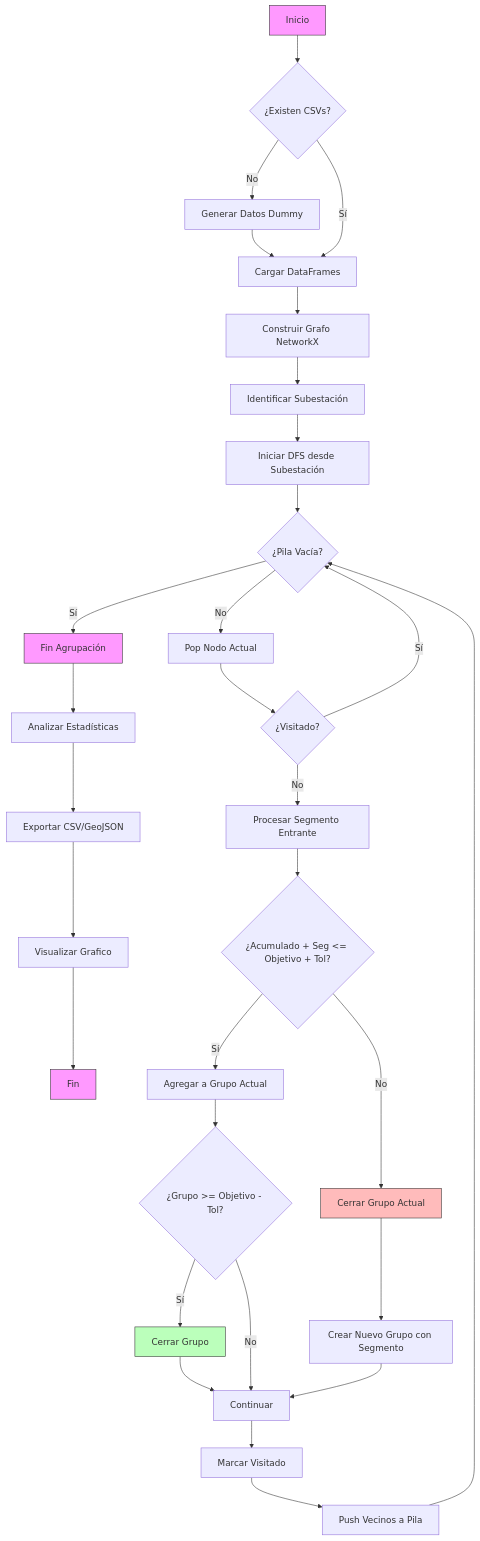
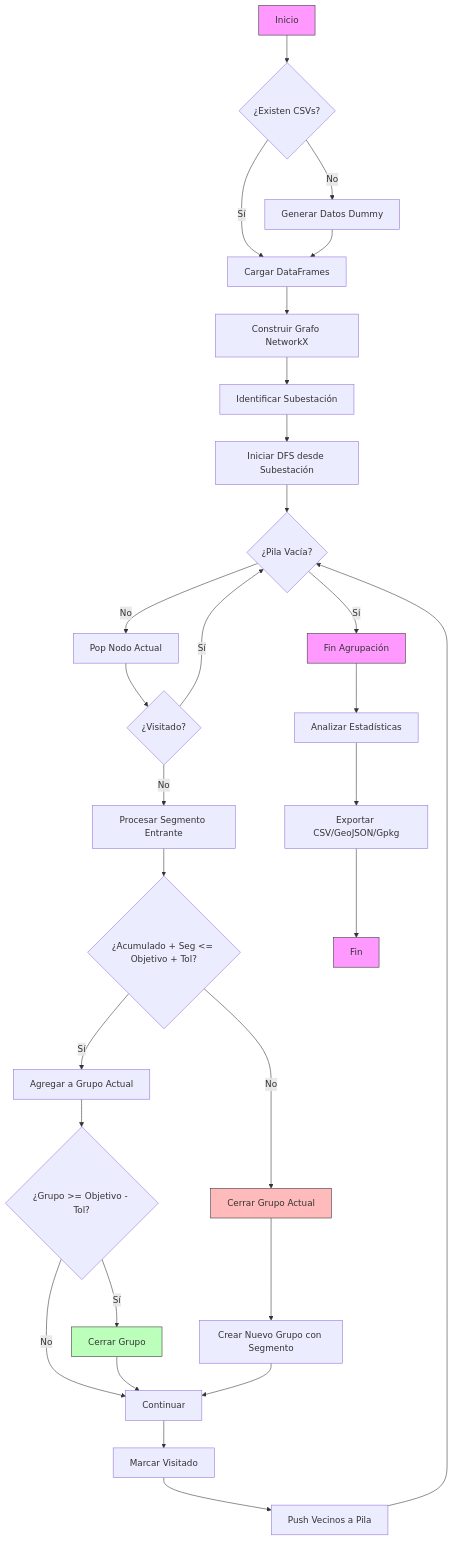
One commit to 120m4n/agrupar_circuitos changed the diagram in README.md. Above: the diagram before and after it, drawn with Mermaid. The commit also changed other lines of this file, not shown here.

````diff
--- a/README.md
+++ b/README.md
@@ -57,48 +54,48 @@
 ```mermaid
 flowchart TD
     A[Inicio] --> B{¿Existen CSVs?}
     B -- No --> C[Generar Datos Dummy]
     B -- Sí --> D[Cargar DataFrames]
     C --> D
     
     D --> E[Construir Grafo NetworkX]
     E --> F[Identificar Subestación]
     
     F --> G[Iniciar DFS desde Subestación]
     
     G --> H{¿Pila Vacía?}
     H -- Sí --> Z[Fin Agrupación]
     H -- No --> I[Pop Nodo Actual]
     
     I --> J{¿Visitado?}
     J -- Sí --> H
     J -- No --> K[Procesar Segmento Entrante]
     
     K --> L{¿Acumulado + Seg <= Objetivo + Tol?}
     
     L -- Sí --> M[Agregar a Grupo Actual]
     M --> N{¿Grupo >= Objetivo - Tol?}
     N -- Sí --> O[Cerrar Grupo]
     N -- No --> P[Continuar]
     
     L -- No --> Q[Cerrar Grupo Actual]
     Q --> R[Crear Nuevo Grupo con Segmento]
     
     O --> P
     R --> P
     
     P --> S[Marcar Visitado]
     S --> T[Push Vecinos a Pila]
     T --> H
 
     Z --> AA[Analizar Estadísticas]
-    AA --> AB[Exportar CSV/GeoJSON]
-    AB --> AC[Visualizar Grafico]
-    AC --> AD[Fin]
+    AA --> AB[Exportar CSV/GeoJSON/Gpkg]
+    AB --> AD[Fin]
+
     
     style A fill:#f9f,stroke:#333
     style Z fill:#f9f,stroke:#333
     style AD fill:#f9f,stroke:#333
     style O fill:#bfb,stroke:#333
     style Q fill:#fbb,stroke:#333
 ```
````
